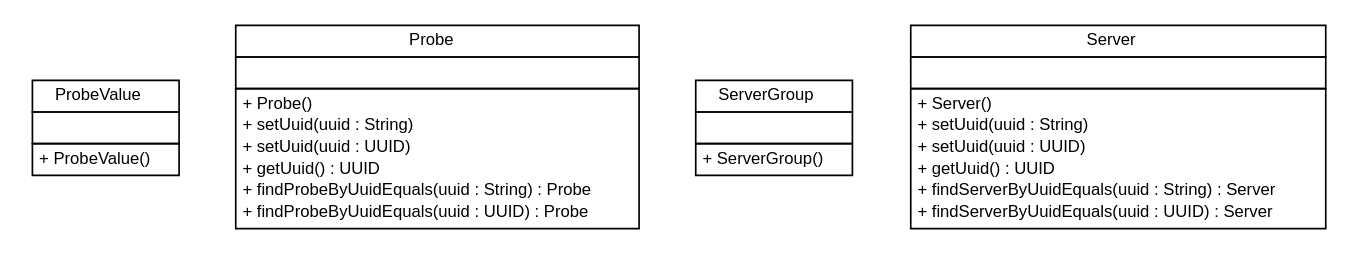
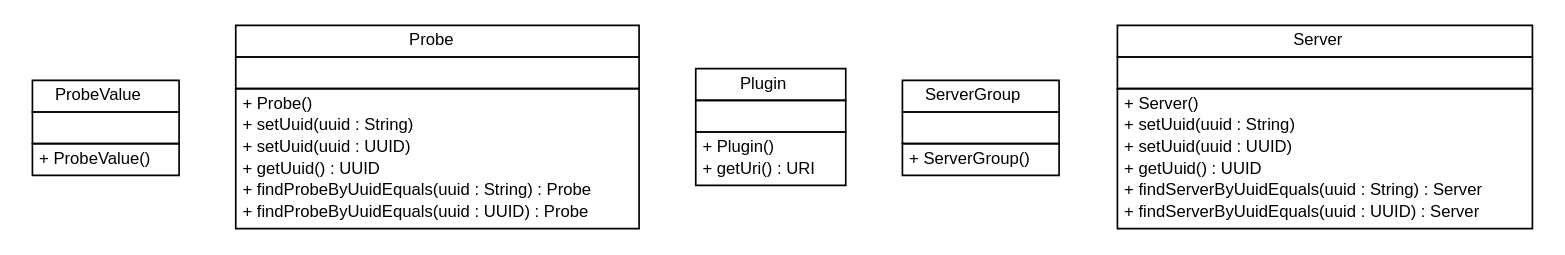
The diagram in apidocs/net/sereneproject/collector/domain/net.sereneproject.collector.domain.dot (serene-project/serene-collector), drawn with Graphviz before and after one commit. The commit also changed 307 other files, not shown here.

```diff
--- a/apidocs/net/sereneproject/collector/domain/net.sereneproject.collector.domain.dot
+++ b/apidocs/net/sereneproject/collector/domain/net.sereneproject.collector.domain.dot
@@ -1,70 +1,83 @@
 #!/usr/local/bin/dot
 #
 # Class diagram 
 # Generated by UMLGraph version 5.1 (http://www.umlgraph.org/)
 #
 
 digraph G {
 	edge [fontname="Helvetica",fontsize=10,labelfontname="Helvetica",labelfontsize=10];
 	node [fontname="Helvetica",fontsize=10,shape=plaintext];
 	nodesep=0.25;
 	ranksep=0.5;
 	// net.sereneproject.collector.domain.ProbeValue
 	c0 [label=<<table title="net.sereneproject.collector.domain.ProbeValue" border="0" cellborder="1" cellspacing="0" cellpadding="2" port="p" href="./ProbeValue.html">
 		<tr><td><table border="0" cellspacing="0" cellpadding="1">
 <tr><td align="center" balign="center"> ProbeValue </td></tr>
 		</table></td></tr>
 		<tr><td><table border="0" cellspacing="0" cellpadding="1">
 <tr><td align="left" balign="left">  </td></tr>
 		</table></td></tr>
 		<tr><td><table border="0" cellspacing="0" cellpadding="1">
 <tr><td align="left" balign="left"> + ProbeValue() </td></tr>
 		</table></td></tr>
 		</table>>, fontname="Helvetica", fontcolor="black", fontsize=10.0];
 	// net.sereneproject.collector.domain.Probe
 	c1 [label=<<table title="net.sereneproject.collector.domain.Probe" border="0" cellborder="1" cellspacing="0" cellpadding="2" port="p" href="./Probe.html">
 		<tr><td><table border="0" cellspacing="0" cellpadding="1">
 <tr><td align="center" balign="center"> Probe </td></tr>
 		</table></td></tr>
 		<tr><td><table border="0" cellspacing="0" cellpadding="1">
 <tr><td align="left" balign="left">  </td></tr>
 		</table></td></tr>
 		<tr><td><table border="0" cellspacing="0" cellpadding="1">
 <tr><td align="left" balign="left"> + Probe() </td></tr>
 <tr><td align="left" balign="left"> + setUuid(uuid : String) </td></tr>
 <tr><td align="left" balign="left"> + setUuid(uuid : UUID) </td></tr>
 <tr><td align="left" balign="left"> + getUuid() : UUID </td></tr>
 <tr><td align="left" balign="left"> + findProbeByUuidEquals(uuid : String) : Probe </td></tr>
 <tr><td align="left" balign="left"> + findProbeByUuidEquals(uuid : UUID) : Probe </td></tr>
 		</table></td></tr>
 		</table>>, fontname="Helvetica", fontcolor="black", fontsize=10.0];
+	// net.sereneproject.collector.domain.Plugin
+	c2 [label=<<table title="net.sereneproject.collector.domain.Plugin" border="0" cellborder="1" cellspacing="0" cellpadding="2" port="p" href="./Plugin.html">
+		<tr><td><table border="0" cellspacing="0" cellpadding="1">
+<tr><td align="center" balign="center"> Plugin </td></tr>
+		</table></td></tr>
+		<tr><td><table border="0" cellspacing="0" cellpadding="1">
+<tr><td align="left" balign="left">  </td></tr>
+		</table></td></tr>
+		<tr><td><table border="0" cellspacing="0" cellpadding="1">
+<tr><td align="left" balign="left"> + Plugin() </td></tr>
+<tr><td align="left" balign="left"> + getUri() : URI </td></tr>
+		</table></td></tr>
+		</table>>, fontname="Helvetica", fontcolor="black", fontsize=10.0];
 	// net.sereneproject.collector.domain.ServerGroup
-	c2 [label=<<table title="net.sereneproject.collector.domain.ServerGroup" border="0" cellborder="1" cellspacing="0" cellpadding="2" port="p" href="./ServerGroup.html">
+	c3 [label=<<table title="net.sereneproject.collector.domain.ServerGroup" border="0" cellborder="1" cellspacing="0" cellpadding="2" port="p" href="./ServerGroup.html">
 		<tr><td><table border="0" cellspacing="0" cellpadding="1">
 <tr><td align="center" balign="center"> ServerGroup </td></tr>
 		</table></td></tr>
 		<tr><td><table border="0" cellspacing="0" cellpadding="1">
 <tr><td align="left" balign="left">  </td></tr>
 		</table></td></tr>
 		<tr><td><table border="0" cellspacing="0" cellpadding="1">
 <tr><td align="left" balign="left"> + ServerGroup() </td></tr>
 		</table></td></tr>
 		</table>>, fontname="Helvetica", fontcolor="black", fontsize=10.0];
 	// net.sereneproject.collector.domain.Server
-	c3 [label=<<table title="net.sereneproject.collector.domain.Server" border="0" cellborder="1" cellspacing="0" cellpadding="2" port="p" href="./Server.html">
+	c4 [label=<<table title="net.sereneproject.collector.domain.Server" border="0" cellborder="1" cellspacing="0" cellpadding="2" port="p" href="./Server.html">
 		<tr><td><table border="0" cellspacing="0" cellpadding="1">
 <tr><td align="center" balign="center"> Server </td></tr>
 		</table></td></tr>
 		<tr><td><table border="0" cellspacing="0" cellpadding="1">
 <tr><td align="left" balign="left">  </td></tr>
 		</table></td></tr>
 		<tr><td><table border="0" cellspacing="0" cellpadding="1">
 <tr><td align="left" balign="left"> + Server() </td></tr>
 <tr><td align="left" balign="left"> + setUuid(uuid : String) </td></tr>
 <tr><td align="left" balign="left"> + setUuid(uuid : UUID) </td></tr>
 <tr><td align="left" balign="left"> + getUuid() : UUID </td></tr>
 <tr><td align="left" balign="left"> + findServerByUuidEquals(uuid : String) : Server </td></tr>
 <tr><td align="left" balign="left"> + findServerByUuidEquals(uuid : UUID) : Server </td></tr>
 		</table></td></tr>
 		</table>>, fontname="Helvetica", fontcolor="black", fontsize=10.0];
 }
```
